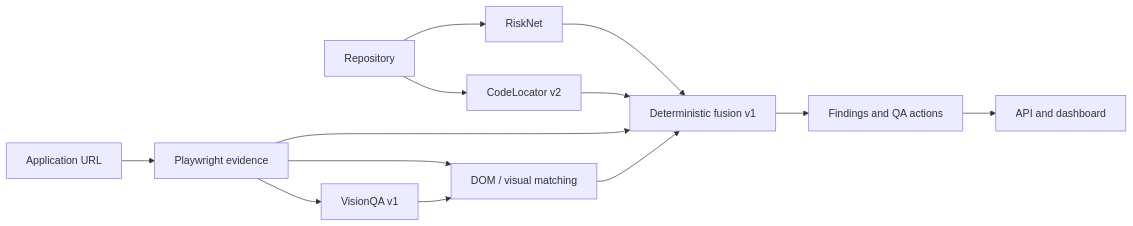
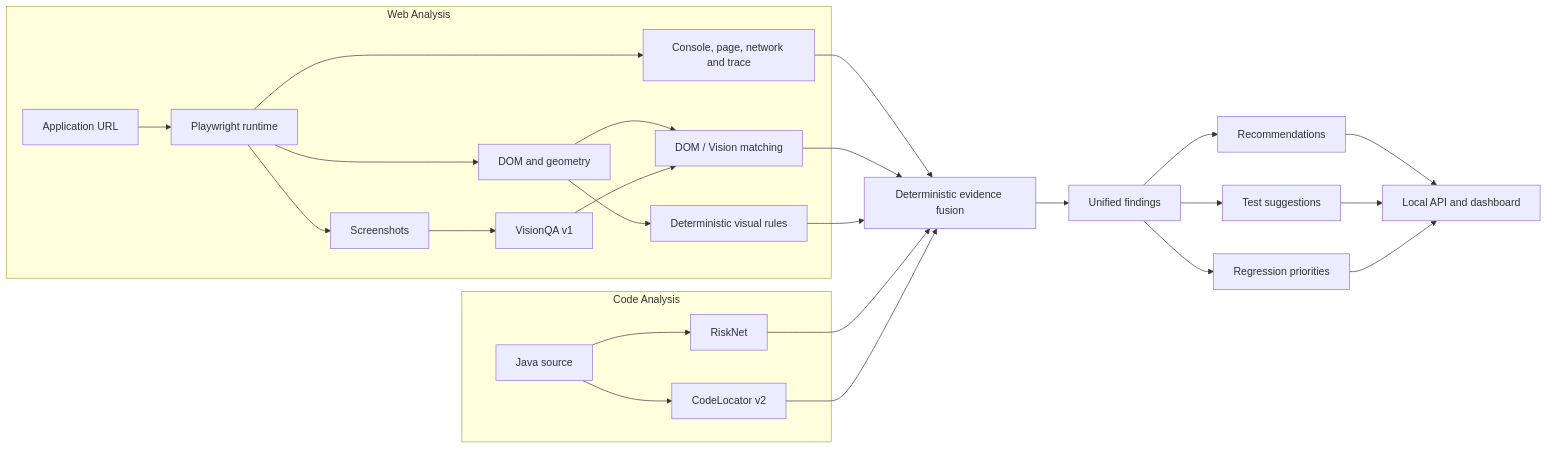
One commit to mujtabashah1/QASense-AI changed the diagram in README.md. Above: the diagram before and after it, drawn with Mermaid. The commit also changed other lines of this file and 9 other files, not shown here.

````diff
--- a/README.md
+++ b/README.md
@@ -22,15 +46,31 @@
 ```mermaid
 flowchart LR
-  R[Repository] --> RN[RiskNet]
-  R --> CL[CodeLocator v2]
-  A[Application URL] --> PW[Playwright evidence]
-  PW --> VQ[VisionQA v1]
-  PW --> DM[DOM / visual matching]
-  VQ --> DM
-  RN --> F[Deterministic fusion v1]
+  subgraph Web[Web Analysis]
+    URL[Application URL] --> PW[Playwright runtime]
+    PW --> DOM[DOM and geometry]
+    PW --> SS[Screenshots]
+    PW --> RT[Console, page, network and trace]
+    SS --> VQ[VisionQA v1]
+    DOM --> MV[DOM / Vision matching]
+    VQ --> MV
+    DOM --> VR[Deterministic visual rules]
+  end
+
+  subgraph Code[Code Analysis]
+    SRC[Java source] --> RN[RiskNet]
+    SRC --> CL[CodeLocator v2]
+  end
+
+  RT --> F[Deterministic evidence fusion]
+  MV --> F
+  VR --> F
+  RN --> F
   CL --> F
-  PW --> F
-  DM --> F
-  F --> Q[Findings and QA actions]
-  Q --> API[API and dashboard]
+  F --> FIND[Unified findings]
+  FIND --> REC[Recommendations]
+  FIND --> TEST[Test suggestions]
+  FIND --> REG[Regression priorities]
+  REC --> API[Local API and dashboard]
+  TEST --> API
+  REG --> API
 ```
````
